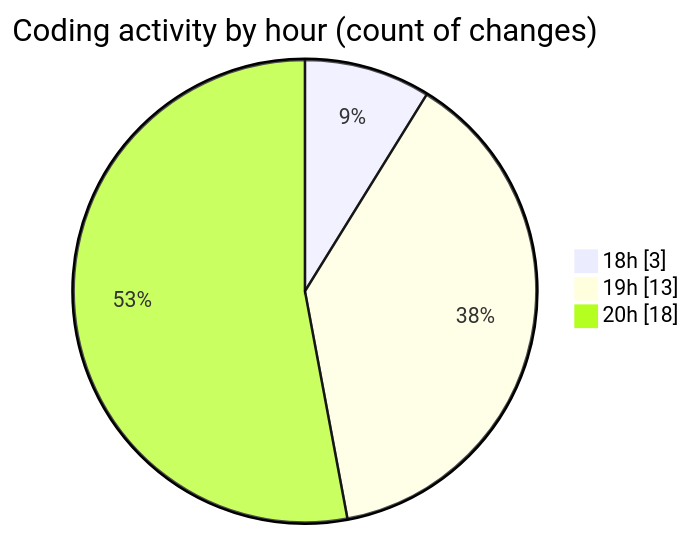
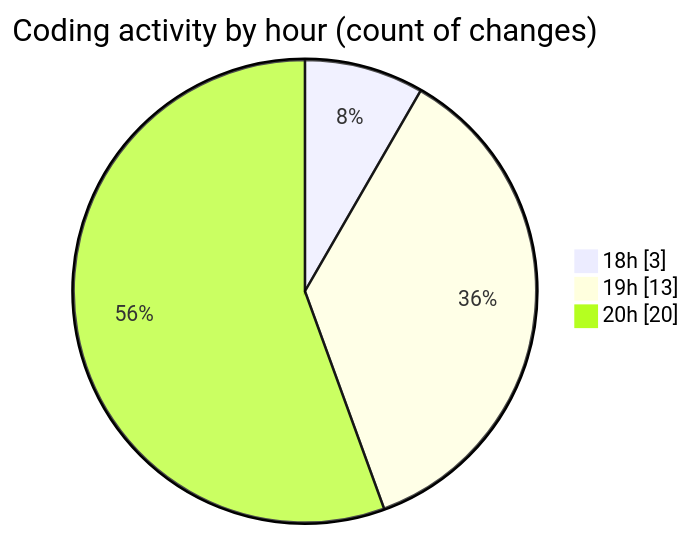
One commit to MatusMokan/code-tracking changed the second of 2 diagrams in 2025-03-20/myws__workspace_/README.md. Above: the diagram before and after it, drawn with Mermaid. The commit also changed other lines of this file and 1 other file, not shown here.

````diff
--- a/2025-03-20/myws__workspace_/README.md
+++ b/2025-03-20/myws__workspace_/README.md
@@ -30,7 +30,7 @@
 ```mermaid
 pie showData
 title Coding activity by hour (count of changes)
 "18h" : 3
 "19h" : 13
-"20h" : 18
+"20h" : 20
 ```
````
